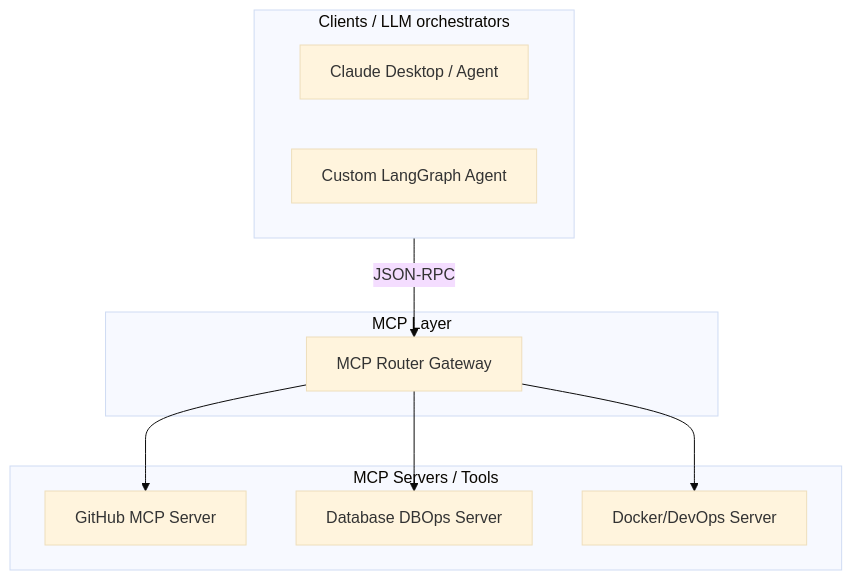
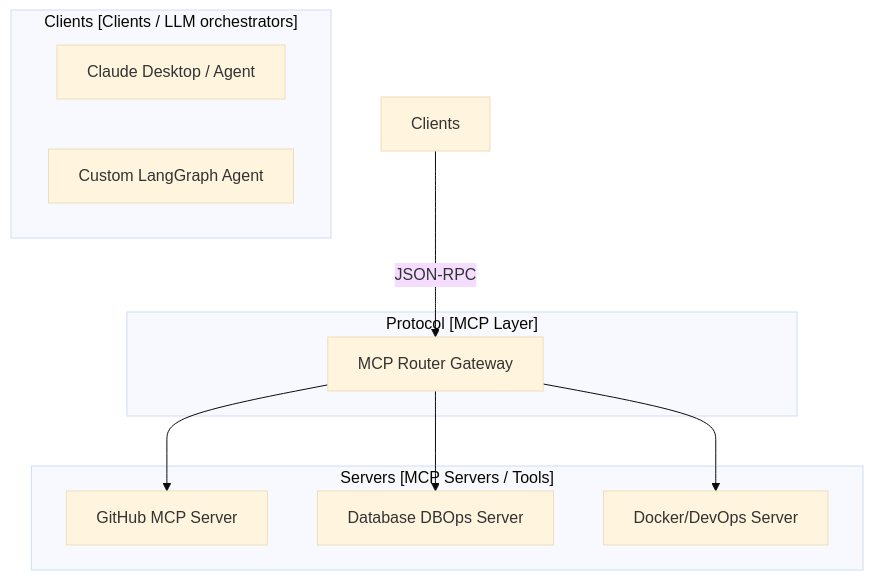
The diagram in blog/posts/mcp-a2a-agent-interoperability.md (akmalkhaniub/akmalkhaniub.github.io), drawn with Mermaid (base theme) before and after one commit. The commit also changed 600 other files, not shown here.

Commit message:
fix(blog): resolve Mermaid v10 syntax errors across Figure 1 and publication subgraphs

````diff
--- a/blog/posts/mcp-a2a-agent-interoperability.md
+++ b/blog/posts/mcp-a2a-agent-interoperability.md
@@ -18,22 +18,22 @@
 ```mermaid
 graph TD
-    subgraph Clients [Clients / LLM orchestrators]
+    subgraph SG1_ClientsClientsLlm ["Clients [Clients / LLM orchestrators]"]
         Claude[Claude Desktop / Agent]
         CustomAgent[Custom LangGraph Agent]
     end
     
-    subgraph Protocol [MCP Layer]
+    subgraph SG2_ProtocolMcpLayer ["Protocol [MCP Layer]"]
         MCP_Gate[MCP Router Gateway]
     end
     
-    subgraph Servers [MCP Servers / Tools]
+    subgraph SG3_ServersMcpServers ["Servers [MCP Servers / Tools]"]
         Git[GitHub MCP Server]
         DB[Database DBOps Server]
         DevOps[Docker/DevOps Server]
     end
     
     Clients -->|JSON-RPC| MCP_Gate
     MCP_Gate --> Git
     MCP_Gate --> DB
     MCP_Gate --> DevOps
 ```
````
